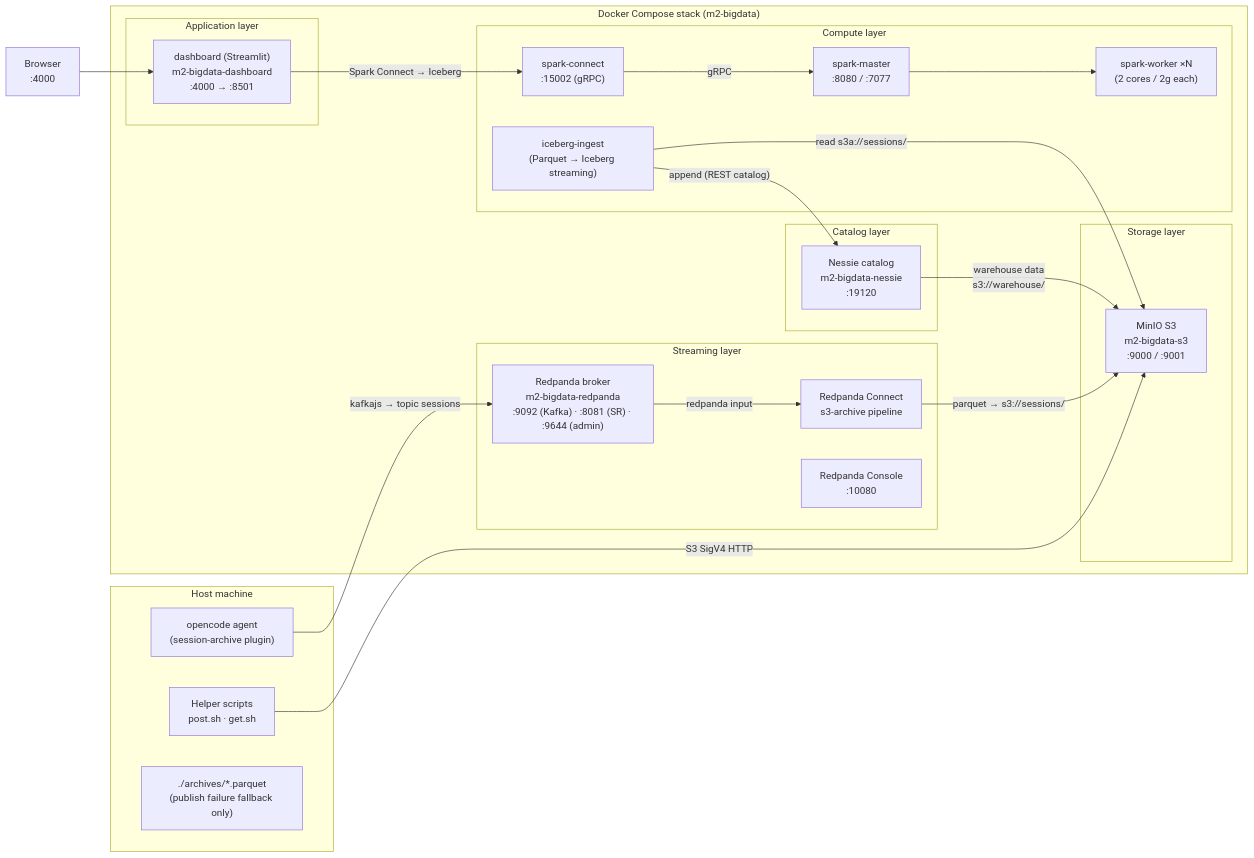
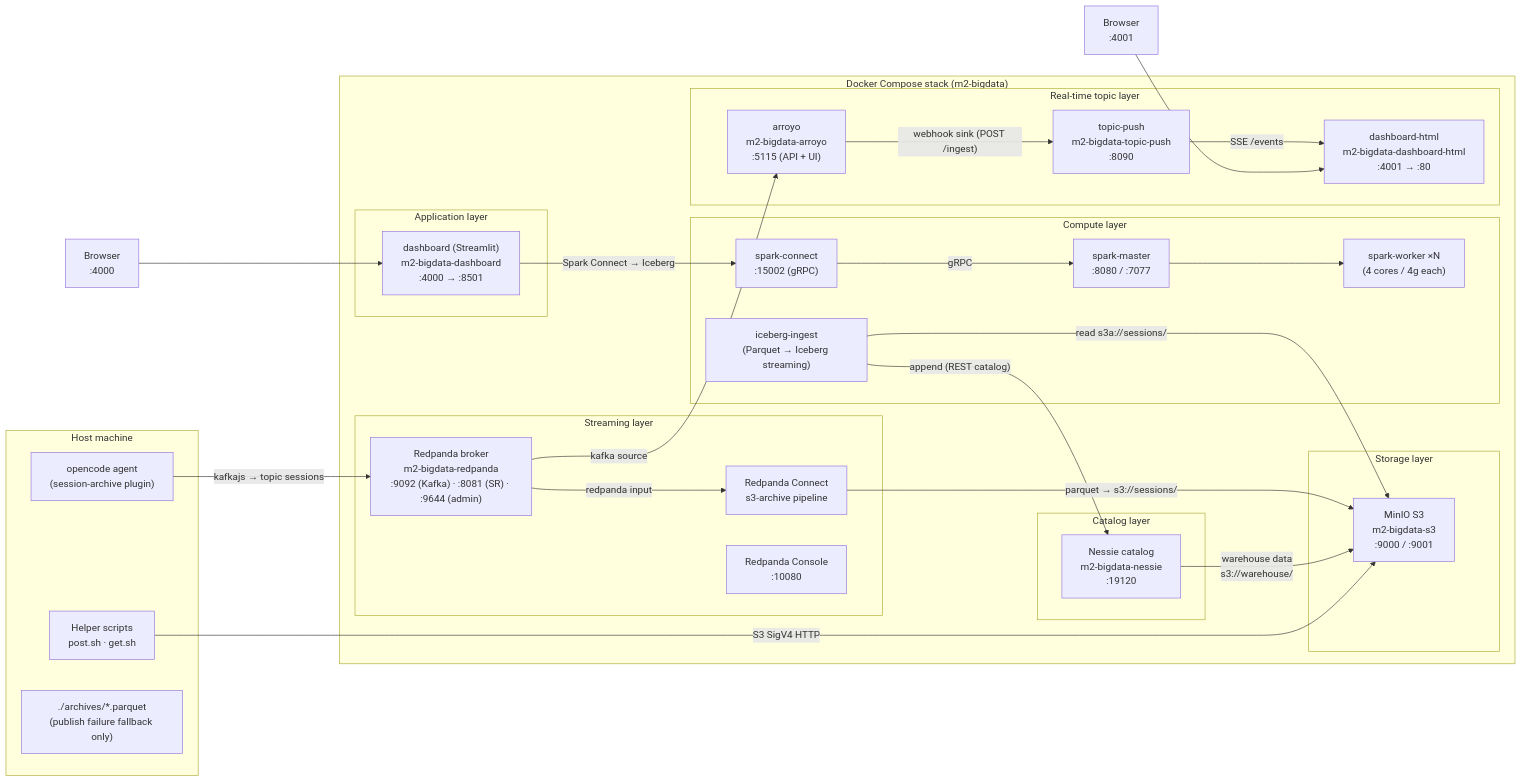
Before and after one commit to ogene70/m2_bigdata: the first of 7 diagrams in docs/architecture.md, drawn with Mermaid. The commit also changed other lines of this file and 26 other files, not shown here.

Commit message:
Realtime streaming with arroyo

````diff
--- a/docs/architecture.md
+++ b/docs/architecture.md
@@ -9,45 +9,55 @@
 ```mermaid
 flowchart LR
     subgraph Host["Host machine"]
         OP["opencode agent<br/>(session-archive plugin)"]
         SH["Helper scripts<br/>post.sh · get.sh"]
         ARC["./archives/*.parquet<br/>(publish failure fallback only)"]
     end
 
     subgraph Stack["Docker Compose stack (m2-bigdata)"]
         subgraph Streaming["Streaming layer"]
             RP["Redpanda broker<br/>m2-bigdata-redpanda<br/>:9092 (Kafka) · :8081 (SR) · :9644 (admin)"]
             RPC["Redpanda Connect<br/>s3-archive pipeline"]
             CPC["Redpanda Console<br/>:10080"]
         end
         subgraph Storage["Storage layer"]
             S3["MinIO S3<br/>m2-bigdata-s3<br/>:9000 / :9001"]
         end
         subgraph Catalog["Catalog layer"]
             NESSIE["Nessie catalog<br/>m2-bigdata-nessie<br/>:19120"]
         end
         subgraph Compute["Compute layer"]
             SM["spark-master<br/>:8080 / :7077"]
-            SW["spark-worker ×N<br/>(2 cores / 2g each)"]
+            SW["spark-worker ×N<br/>(4 cores / 4g each)"]
             SC["spark-connect<br/>:15002 (gRPC)"]
             III["iceberg-ingest<br/>(Parquet → Iceberg streaming)"]
         end
         subgraph App["Application layer"]
-            DASH["dashboard (Streamlit)<br/>m2-bigdata-dashboard<br/>:4000 → :8501"]
+    DASH["dashboard (Streamlit)<br/>m2-bigdata-dashboard<br/>:4000 → :8501"]
+        end
+        subgraph Realtime["Real-time topic layer"]
+            ARR["arroyo<br/>m2-bigdata-arroyo<br/>:5115 (API + UI)"]
+            TP["topic-push<br/>m2-bigdata-topic-push<br/>:8090"]
+            DHTML["dashboard-html<br/>m2-bigdata-dashboard-html<br/>:4001 → :80"]
         end
     end
 
     UI["Browser<br/>:4000"]
+    UI2["Browser<br/>:4001"]
 
     OP -->|"kafkajs → topic sessions"| RP
     RP -->|"redpanda input"| RPC
     RPC -->|"parquet → s3://sessions/"| S3
     III -->|"read s3a://sessions/"| S3
     III -->|"append (REST catalog)"| NESSIE
     NESSIE -->|"warehouse data<br/>s3://warehouse/"| S3
     SM --> SW
     SC -->|"gRPC"| SM
     DASH -->|"Spark Connect → Iceberg"| SC
     UI --> DASH
+    RP -->|"kafka source"| ARR
+    ARR -->|"webhook sink (POST /ingest)"| TP
+    TP -->|"SSE /events"| DHTML
+    UI2 --> DHTML
     SH -->|S3 SigV4 HTTP| S3
 ```
````
